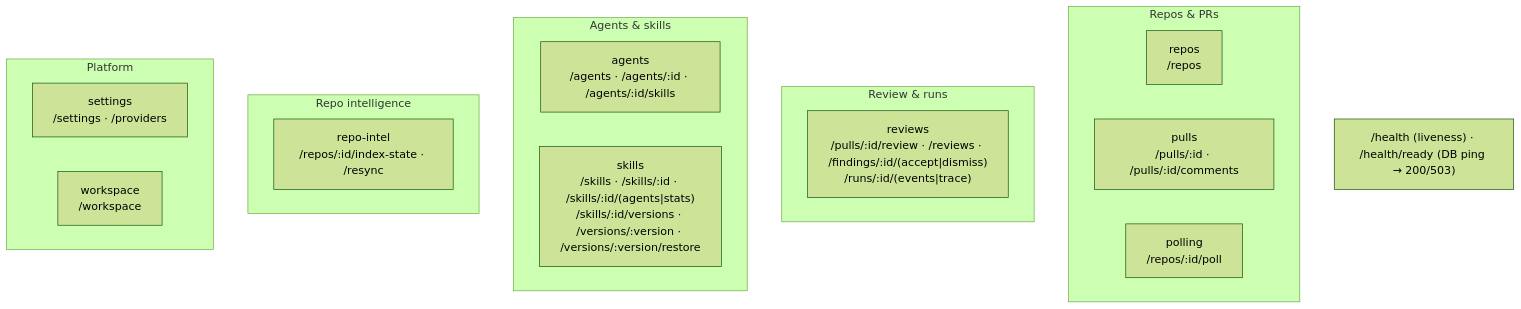
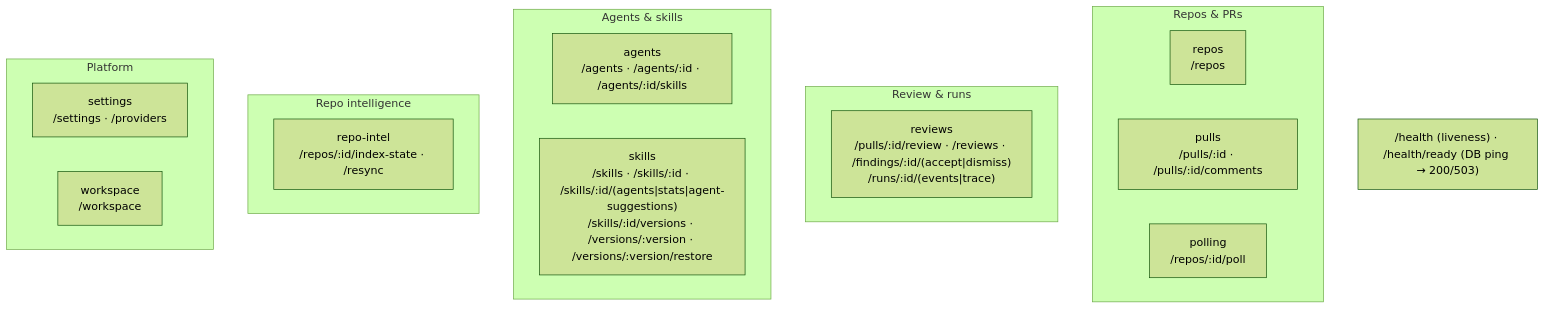
The second of 2 diagrams in server/README.md (ai-agentic-engineering-neo/dev-digest), drawn with Mermaid (forest theme) before and after one commit. The commit also changed other lines of this file and 38 other files, not shown here.

````diff
--- a/server/README.md
+++ b/server/README.md
@@ -64,23 +64,23 @@
 ```mermaid
 flowchart TB
   subgraph Repos_PRs["Repos & PRs"]
     repos["repos<br/>/repos"]
     pulls["pulls<br/>/pulls/:id · /pulls/:id/comments"]
     polling["polling<br/>/repos/:id/poll"]
   end
   subgraph Review["Review & runs"]
     reviews["reviews<br/>/pulls/:id/review · /reviews · /findings/:id/(accept|dismiss)<br/>/runs/:id/(events|trace)"]
   end
   subgraph Agents["Agents & skills"]
     agents["agents<br/>/agents · /agents/:id · /agents/:id/skills"]
-    skills["skills<br/>/skills · /skills/:id · /skills/:id/(agents|stats)<br/>/skills/:id/versions · /versions/:version · /versions/:version/restore"]
+    skills["skills<br/>/skills · /skills/:id · /skills/:id/(agents|stats|agent-suggestions)<br/>/skills/:id/versions · /versions/:version · /versions/:version/restore"]
   end
   subgraph Intel["Repo intelligence"]
     repoIntel["repo-intel<br/>/repos/:id/index-state · /resync"]
   end
   subgraph Platform["Platform"]
     settings["settings<br/>/settings · /providers"]
     workspace["workspace<br/>/workspace"]
   end
   HEALTH["/health (liveness) · /health/ready (DB ping → 200/503)"]
 ```
````
